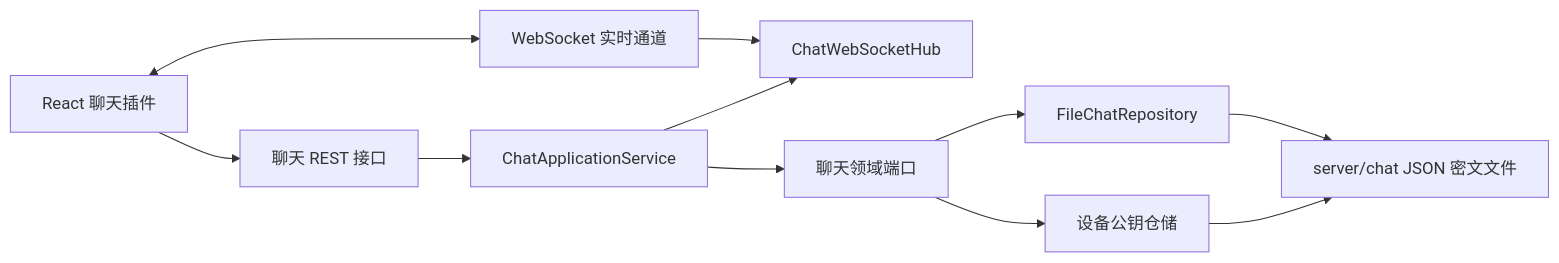
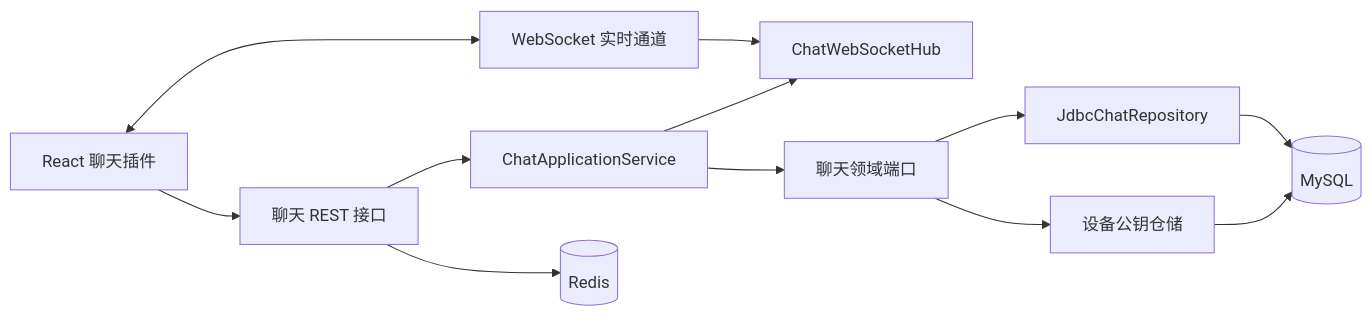
Before and after one commit to candysevenZzz/forgedesk: the diagram in docs/chat-architecture.md, drawn with Mermaid. The commit also changed other lines of this file and 49 other files, not shown here.

````diff
--- a/docs/chat-architecture.md
+++ b/docs/chat-architecture.md
@@ -11,13 +16,14 @@
 ```mermaid
 flowchart LR
   Client[React 聊天插件] --> Api[聊天 REST 接口]
   Client <--> Socket[WebSocket 实时通道]
   Api --> App[ChatApplicationService]
   Socket --> Hub[ChatWebSocketHub]
   App --> Domain[聊天领域端口]
   App --> Hub
-  Domain --> Repo[FileChatRepository]
+  Domain --> Repo[JdbcChatRepository]
   Domain --> DeviceRepo[设备公钥仓储]
-  Repo --> Files[server/chat JSON 密文文件]
-  DeviceRepo --> Files
+  Repo --> Mysql[(MySQL)]
+  DeviceRepo --> Mysql
+  Api --> Redis[(Redis)]
 ```
````
